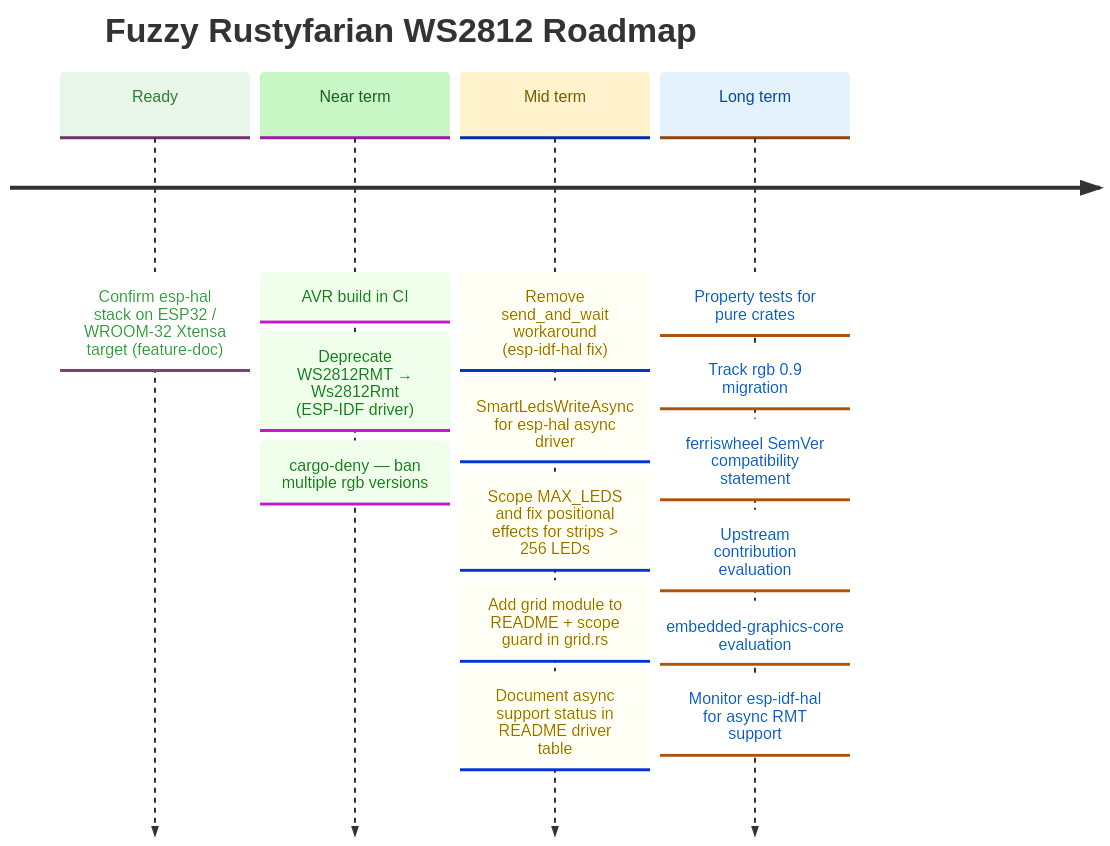
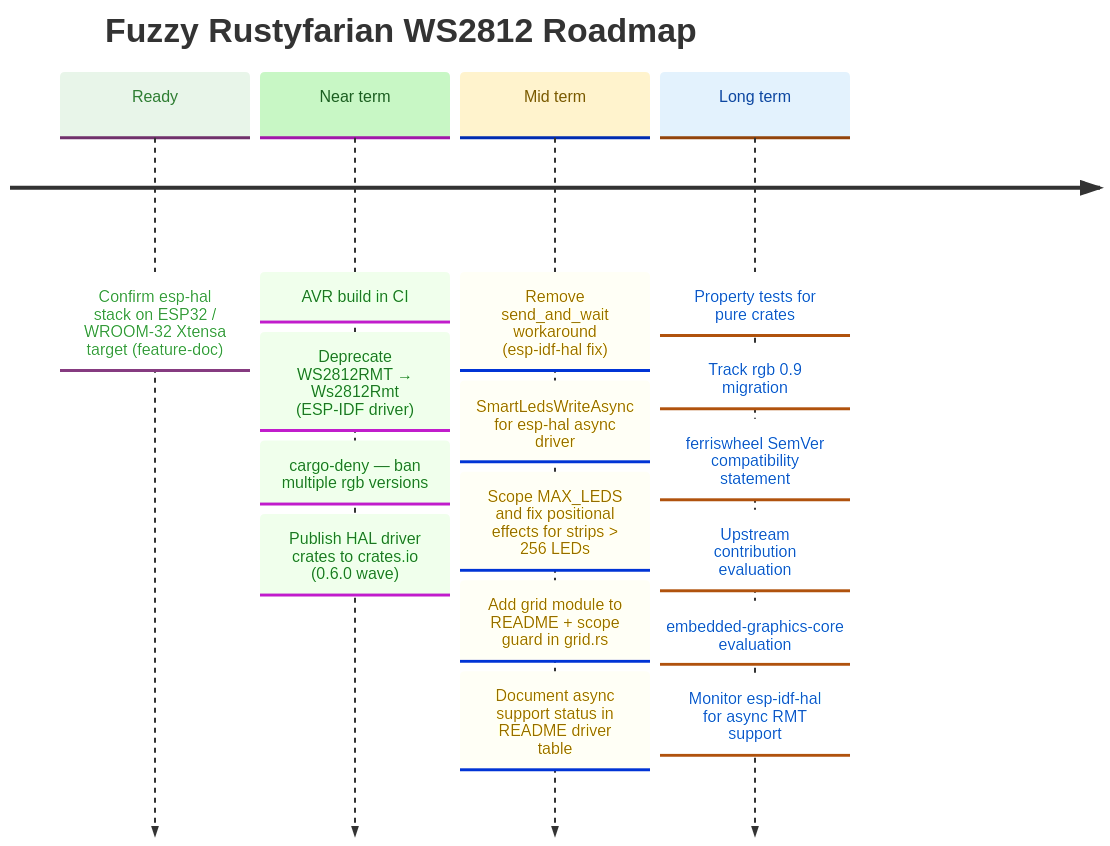
The diagram in docs/ROADMAP.md (datenkollektiv/rustyfarian-ws2812), drawn with Mermaid before and after one commit. The commit also changed other lines of this file, not shown here.

Commit message:
Add crates.io publication plan for HAL driver crates to roadmap

````diff
--- a/docs/ROADMAP.md
+++ b/docs/ROADMAP.md
@@ -18,37 +18,38 @@
 ```mermaid
 %%{init: {
   "theme": "base",
   "themeVariables": {
     "cScale0": "#e8f5e9",
     "cScaleLabel0": "#2e7d32",
     "cScale1": "#c8f7c5",
     "cScaleLabel1": "#1b5e20",
     "cScale2": "#fff3cd",
     "cScaleLabel2": "#7a5a00",
     "cScale3": "#e3f2fd",
     "cScaleLabel3": "#0d47a1"
   }
 }}%%
 
 timeline
     title Fuzzy Rustyfarian WS2812 Roadmap
 
     Ready     : Confirm esp-hal stack on ESP32 / WROOM-32 Xtensa target (feature-doc)
 
     Near term : AVR build in CI
               : Deprecate WS2812RMT → Ws2812Rmt (ESP-IDF driver)
               : cargo-deny — ban multiple rgb versions
+              : Publish HAL driver crates to crates.io (0.6.0 wave)
 
     Mid term  : Remove send_and_wait workaround (esp-idf-hal fix)
               : SmartLedsWriteAsync for esp-hal async driver
               : Scope MAX_LEDS and fix positional effects for strips > 256 LEDs
               : Add grid module to README + scope guard in grid.rs
               : Document async support status in README driver table
 
     Long term : Property tests for pure crates
               : Track rgb 0.9 migration
               : ferriswheel SemVer compatibility statement
               : Upstream contribution evaluation
               : embedded-graphics-core evaluation
               : Monitor esp-idf-hal for async RMT support
 ```
````
